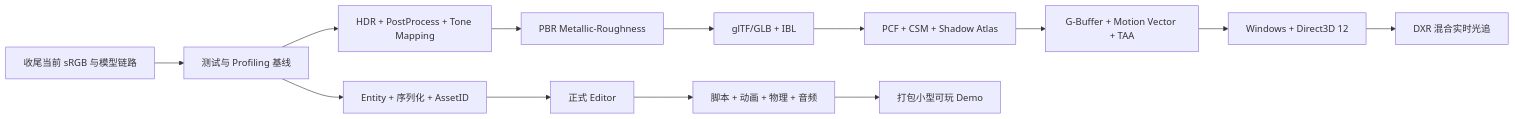
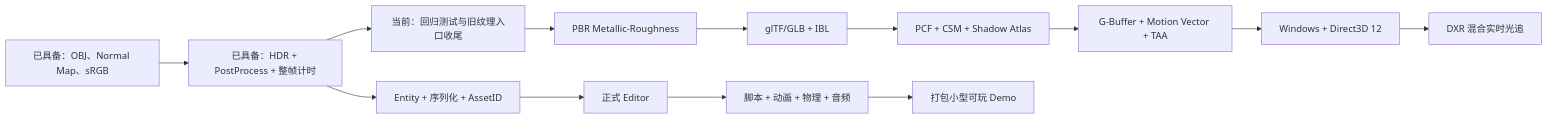
Before and after one commit to JackDowson2003/Limen-Engine: the third of 3 diagrams in README.md, drawn with Mermaid. The commit also changed other lines of this file and 22 other files, not shown here.

First line of the commit message:
增加RGBA16F,支持HDR 新增PostProcessPipeline 新增后处理的RenderPass FBO VAO 新增不依赖场景相机和物体变换的全屏几何 新增项目测试入口 修改错误的脚本文件 新增测试project，测试了sRGB to Linear的函数是否正确 feat(renderer): 接入 HDR 后处理管线与基础测试

````diff
--- a/README.md
+++ b/README.md
@@ -420,16 +435,16 @@
 ```mermaid
 flowchart LR
-    A[收尾当前 sRGB 与模型链路] --> B[测试与 Profiling 基线]
-    B --> C[HDR + PostProcess + Tone Mapping]
+    A[已具备：OBJ、Normal Map、sRGB] --> B[已具备：HDR + PostProcess + 整帧计时]
+    B --> C[当前：回归测试与旧纹理入口收尾]
     C --> D[PBR Metallic-Roughness]
     D --> E[glTF/GLB + IBL]
     E --> F[PCF + CSM + Shadow Atlas]
     F --> G[G-Buffer + Motion Vector + TAA]
     G --> H[Windows + Direct3D 12]
     H --> I[DXR 混合实时光追]
 
     B --> J[Entity + 序列化 + AssetID]
     J --> K[正式 Editor]
     K --> L[脚本 + 动画 + 物理 + 音频]
     L --> M[打包小型可玩 Demo]
 ```
````
